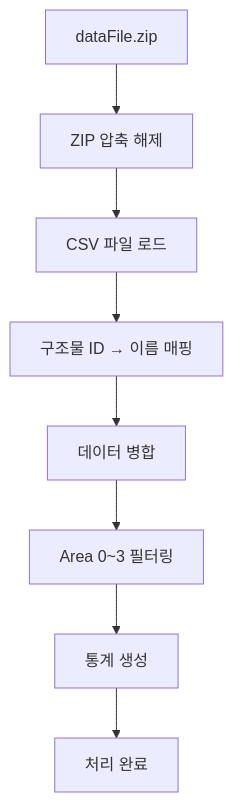
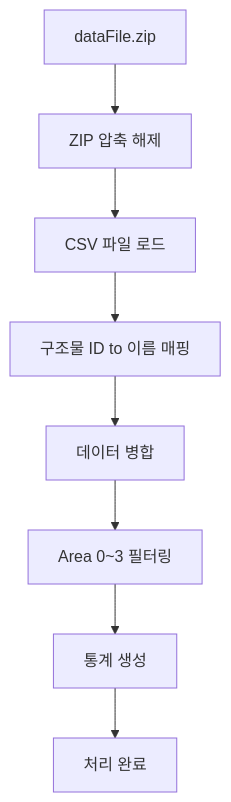
One commit to SteelCrab/ia-codyssey changed the first of 3 diagrams in 1단계_데이터분석및처리.md. Above: the diagram before and after it, drawn with Mermaid. The commit also changed other lines of this file, not shown here.

````diff
--- a/1단계_데이터분석및처리.md
+++ b/1단계_데이터분석및처리.md
@@ -78,10 +78,10 @@
 ```mermaid
 flowchart TD
     A[dataFile.zip] --> B[ZIP 압축 해제]
     B --> C[CSV 파일 로드]
-    C --> D[구조물 ID → 이름 매핑]
+    C --> D[구조물 ID to 이름 매핑]
     D --> E[데이터 병합]
     E --> F[Area 0~3 필터링]
     F --> G[통계 생성]
     G --> H[처리 완료]
 ```
````
